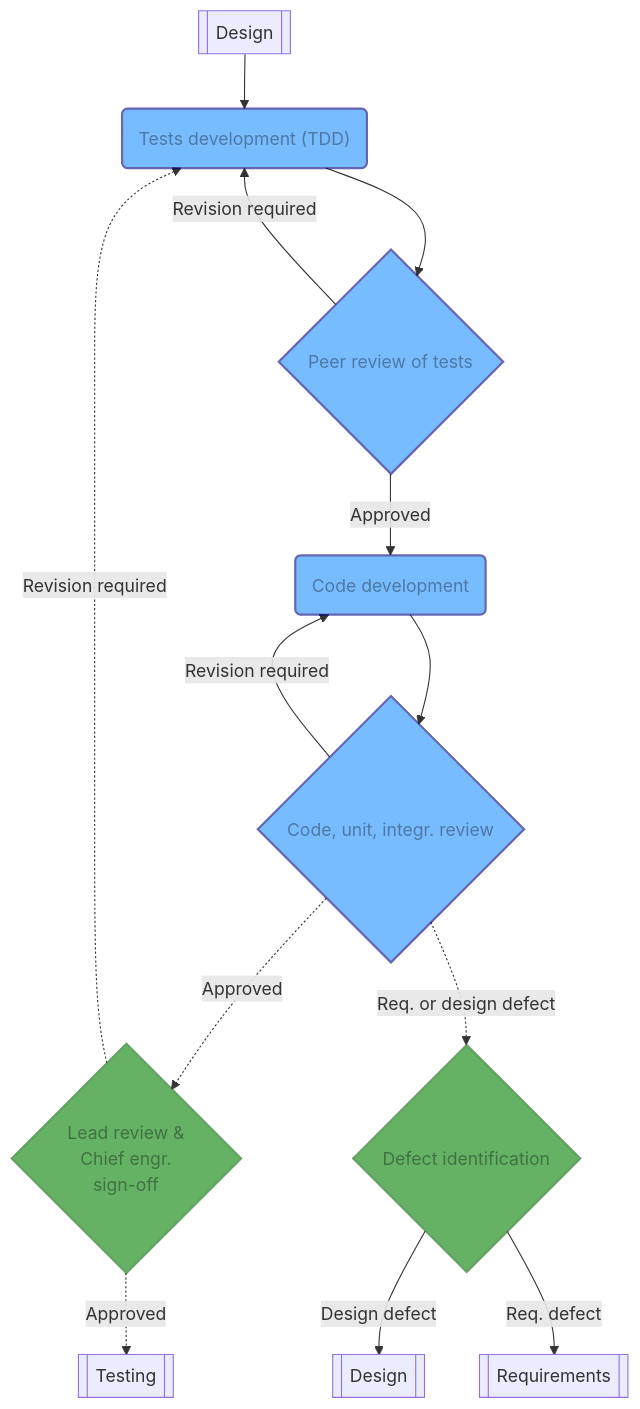
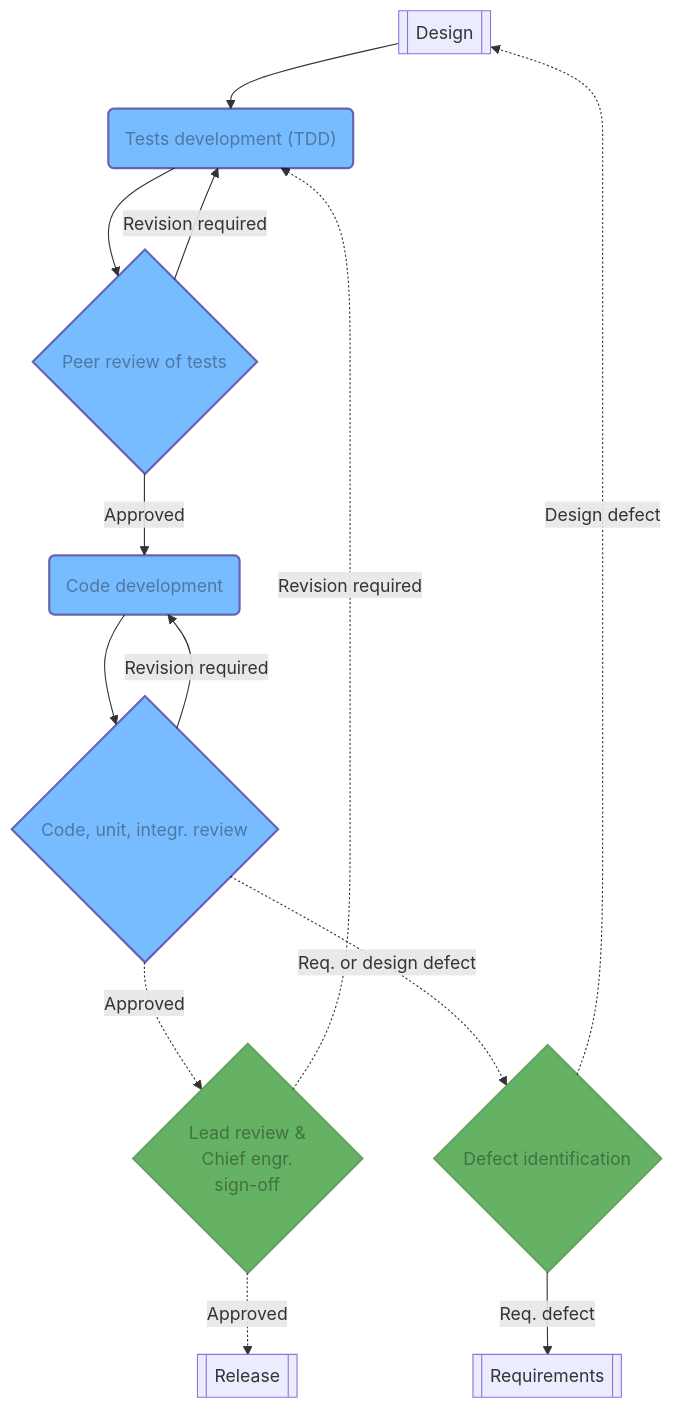
One commit to nyx-space/quality-assurance changed the diagram in docs/process/development.md. Above: the diagram before and after it, drawn with Mermaid. The commit also changed other lines of this file and 7 other files, not shown here.

````diff
--- a/docs/process/development.md
+++ b/docs/process/development.md
@@ -1,18 +1,22 @@
 ```mermaid
 graph TD
     DDOK[[Design]] --> TDD("Tests development (TDD)"):::engr
     TDD --> PR3{"Peer review of tests"}:::engr
     PR3 --> |Revision required| TDD
     PR3 --> |Approved| CD(Code development):::engr
     CD --> PR4{"Code, unit, integr. review"}:::engr
     PR4 --> |Revision required| CD
     PR4 -.-> |Approved| LR2{"Lead review &<br/> Chief engr.<br/> sign-off"}:::lead
     PR4 -.-> |Req. or design defect| LR3{"Defect identification"}:::lead
-    LR3 --> |Design defect| A[[Design]]
+    LR3 -.-> |Design defect| DDOK[[Design]]
     LR3 --> |Req. defect| B[[Requirements]]
     LR2 -.-> |Revision required| TDD
-    LR2 -.-> |Approved| C[[Testing]]
+    LR2 -.-> |Approved| C[[Release]]
+
+    click DDOK "/process/design/"
+    click B "/process/requirements/"
+    click C "/process/release/"
 
     classDef lead fill:green,opacity:0.6,stroke:darkgreen,stroke-width:2px,color:black
     classDef engr fill:dodgerblue,opacity:0.6,stroke:navy,stroke-width:2px,color:black
 ```
````
